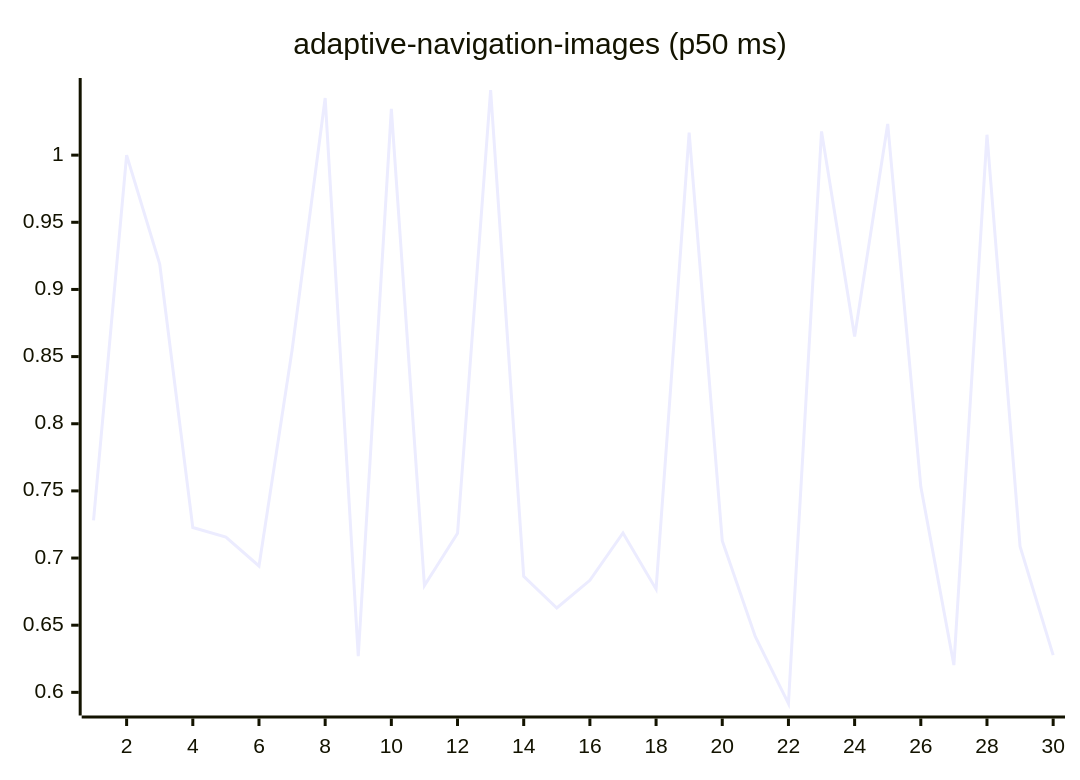
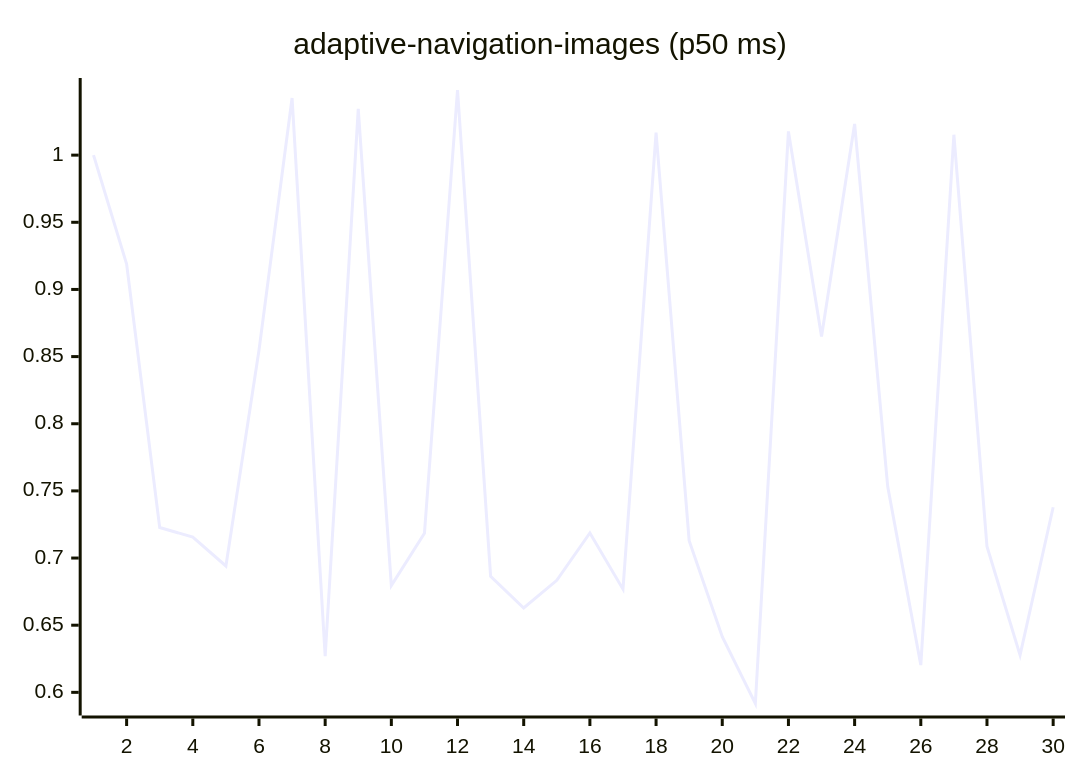
One commit to josha/Facet changed the first of 27 diagrams in README.md. Above: the diagram before and after it, drawn with Mermaid. The commit also changed other lines of this file and 2 other files, not shown here.

````diff
--- a/README.md
+++ b/README.md
@@ -63,6 +63,6 @@
 ```mermaid
 xychart-beta
     title "adaptive-navigation-images (p50 ms)"
     x-axis 1 --> 30
-    line [0.7280, 1.0000, 0.9189, 0.7227, 0.7156, 0.6941, 0.8547, 1.0425, 0.6269, 1.0344, 0.6795, 0.7184, 1.0485, 0.6864, 0.6628, 0.6834, 0.7187, 0.6768, 1.0168, 0.7129, 0.6414, 0.5917, 1.0177, 0.8650, 1.0232, 0.7532, 0.6203, 1.0152, 0.7086, 0.6277]
+    line [1.0000, 0.9189, 0.7227, 0.7156, 0.6941, 0.8547, 1.0425, 0.6269, 1.0344, 0.6795, 0.7184, 1.0485, 0.6864, 0.6628, 0.6834, 0.7187, 0.6768, 1.0168, 0.7129, 0.6414, 0.5917, 1.0177, 0.8650, 1.0232, 0.7532, 0.6203, 1.0152, 0.7086, 0.6277, 0.7378]
 ```
````
